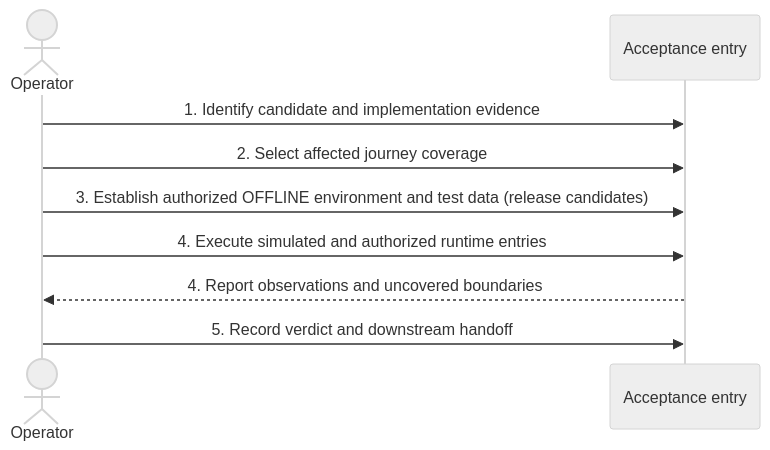
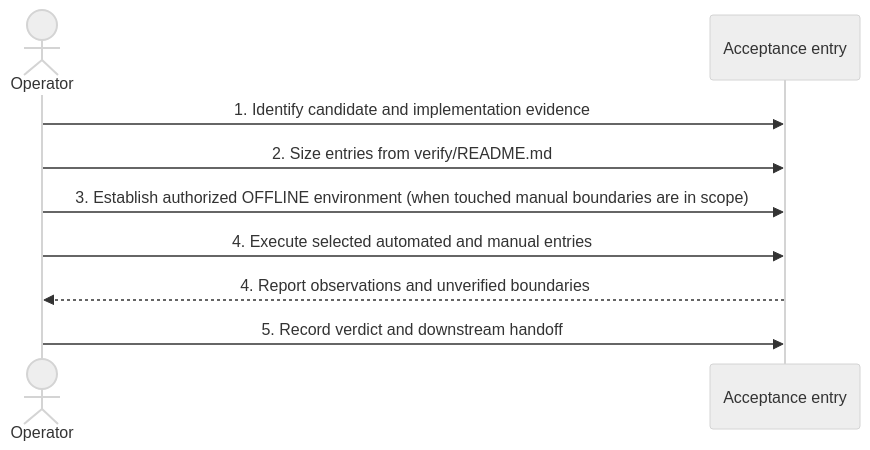
Before and after one commit to lengthlong/exercise_arena: the diagram in journey/0013-accept-integrated-slice.md, drawn with Mermaid (neutral theme). The commit also changed other lines of this file and 5 other files, not shown here.

````diff
--- a/journey/0013-accept-integrated-slice.md
+++ b/journey/0013-accept-integrated-slice.md
@@ -8,11 +8,11 @@
 ```mermaid
 sequenceDiagram
     actor O as Operator
     participant A as Acceptance entry
     O->>A: 1. Identify candidate and implementation evidence
-    O->>A: 2. Select affected journey coverage
-    O->>A: 3. Establish authorized OFFLINE environment and test data (release candidates)
-    O->>A: 4. Execute simulated and authorized runtime entries
-    A-->>O: 4. Report observations and uncovered boundaries
+    O->>A: 2. Size entries from verify/README.md
+    O->>A: 3. Establish authorized OFFLINE environment (when touched manual boundaries are in scope)
+    O->>A: 4. Execute selected automated and manual entries
+    A-->>O: 4. Report observations and unverified boundaries
     O->>A: 5. Record verdict and downstream handoff
 ```
````
